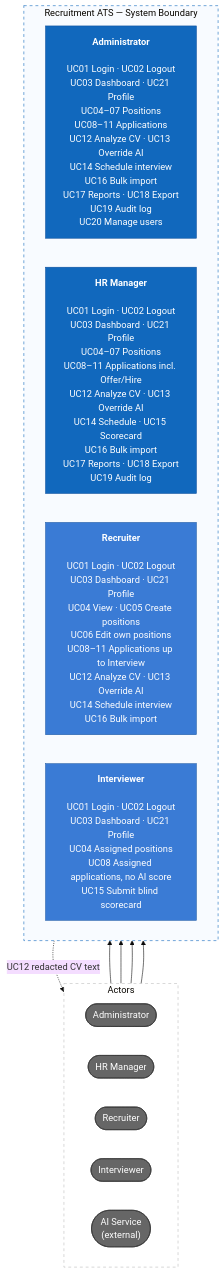
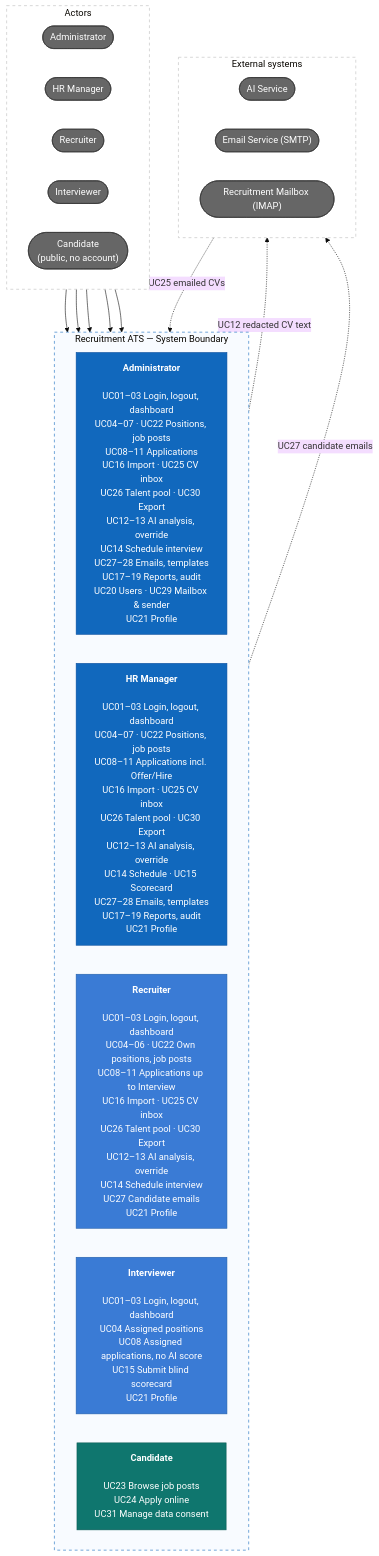
One commit to duongk18FPTU/recruitment-ats changed the first of 2 diagrams in README.md. Above: the diagram before and after it, drawn with Mermaid (base theme). The commit also changed other lines of this file and 8 other files, not shown here.

First line of the commit message:
Add career site, mailbox intake, candidate emails, and talent pool

````diff
--- a/README.md
+++ b/README.md
@@ -75,34 +88,48 @@
 ```mermaid
 flowchart TB
     subgraph roles["Actors"]
         direction LR
         admin(["Administrator"])
         manager(["HR Manager"])
         recruiter(["Recruiter"])
         interviewer(["Interviewer"])
-        ai(["AI Service<br/>(external)"])
+        candidate(["Candidate<br/>(public, no account)"])
     end
 
     subgraph system["Recruitment ATS — System Boundary"]
         direction LR
-        adminCases["<b>Administrator</b><br/><br/>UC01 Login · UC02 Logout<br/>UC03 Dashboard · UC21 Profile<br/>UC04–07 Positions<br/>UC08–11 Applications<br/>UC12 Analyze CV · UC13 Override AI<br/>UC14 Schedule interview<br/>UC16 Bulk import<br/>UC17 Reports · UC18 Export<br/>UC19 Audit log<br/>UC20 Manage users"]
-        managerCases["<b>HR Manager</b><br/><br/>UC01 Login · UC02 Logout<br/>UC03 Dashboard · UC21 Profile<br/>UC04–07 Positions<br/>UC08–11 Applications incl. Offer/Hire<br/>UC12 Analyze CV · UC13 Override AI<br/>UC14 Schedule · UC15 Scorecard<br/>UC16 Bulk import<br/>UC17 Reports · UC18 Export<br/>UC19 Audit log"]
-        recruiterCases["<b>Recruiter</b><br/><br/>UC01 Login · UC02 Logout<br/>UC03 Dashboard · UC21 Profile<br/>UC04 View · UC05 Create positions<br/>UC06 Edit own positions<br/>UC08–11 Applications up to Interview<br/>UC12 Analyze CV · UC13 Override AI<br/>UC14 Schedule interview<br/>UC16 Bulk import"]
-        interviewerCases["<b>Interviewer</b><br/><br/>UC01 Login · UC02 Logout<br/>UC03 Dashboard · UC21 Profile<br/>UC04 Assigned positions<br/>UC08 Assigned applications, no AI score<br/>UC15 Submit blind scorecard"]
+        adminCases["<b>Administrator</b><br/><br/>UC01–03 Login, logout, dashboard<br/>UC04–07 · UC22 Positions, job posts<br/>UC08–11 Applications<br/>UC16 Import · UC25 CV inbox<br/>UC26 Talent pool · UC30 Export<br/>UC12–13 AI analysis, override<br/>UC14 Schedule interview<br/>UC27–28 Emails, templates<br/>UC17–19 Reports, audit<br/>UC20 Users · UC29 Mailbox & sender<br/>UC21 Profile"]
+        managerCases["<b>HR Manager</b><br/><br/>UC01–03 Login, logout, dashboard<br/>UC04–07 · UC22 Positions, job posts<br/>UC08–11 Applications incl. Offer/Hire<br/>UC16 Import · UC25 CV inbox<br/>UC26 Talent pool · UC30 Export<br/>UC12–13 AI analysis, override<br/>UC14 Schedule · UC15 Scorecard<br/>UC27–28 Emails, templates<br/>UC17–19 Reports, audit<br/>UC21 Profile"]
+        recruiterCases["<b>Recruiter</b><br/><br/>UC01–03 Login, logout, dashboard<br/>UC04–06 · UC22 Own positions, job posts<br/>UC08–11 Applications up to Interview<br/>UC16 Import · UC25 CV inbox<br/>UC26 Talent pool · UC30 Export<br/>UC12–13 AI analysis, override<br/>UC14 Schedule interview<br/>UC27 Candidate emails<br/>UC21 Profile"]
+        interviewerCases["<b>Interviewer</b><br/><br/>UC01–03 Login, logout, dashboard<br/>UC04 Assigned positions<br/>UC08 Assigned applications, no AI score<br/>UC15 Submit blind scorecard<br/>UC21 Profile"]
+        candidateCases["<b>Candidate</b><br/><br/>UC23 Browse job posts<br/>UC24 Apply online<br/>UC31 Manage data consent"]
+    end
+
+    subgraph external["External systems"]
+        direction LR
+        ai(["AI Service"])
+        mail(["Email Service (SMTP)"])
+        mailbox(["Recruitment Mailbox (IMAP)"])
     end
 
     admin --> adminCases
     manager --> managerCases
     recruiter --> recruiterCases
     interviewer --> interviewerCases
+    candidate --> candidateCases
     system -.->|UC12 redacted CV text| ai
+    system -.->|UC27 candidate emails| mail
+    mailbox -.->|UC25 emailed CVs| system
 
     classDef actor fill:#666,color:#fff,stroke:#333
     classDef primary fill:#1168bd,color:#fff,stroke:#0b4f9e
     classDef standard fill:#3a7bd5,color:#fff,stroke:#245fa8
-    class admin,manager,recruiter,interviewer,ai actor
+    classDef public fill:#0f766e,color:#fff,stroke:#0b5a54
+    class admin,manager,recruiter,interviewer,candidate,ai,mail,mailbox actor
     class adminCases,managerCases primary
     class recruiterCases,interviewerCases standard
+    class candidateCases public
     style roles fill:#fff,stroke:#bbb,stroke-dasharray:5 5
+    style external fill:#fff,stroke:#bbb,stroke-dasharray:5 5
     style system fill:#f8fbff,stroke:#1168bd,stroke-dasharray:5 5
 ```
````
